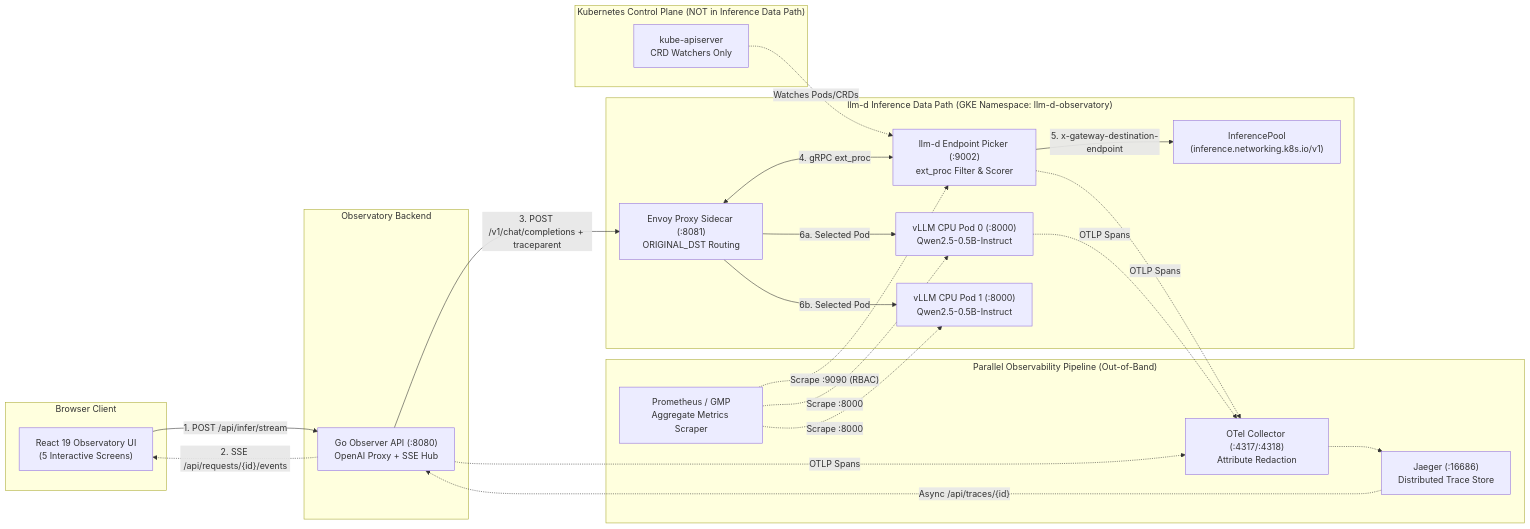
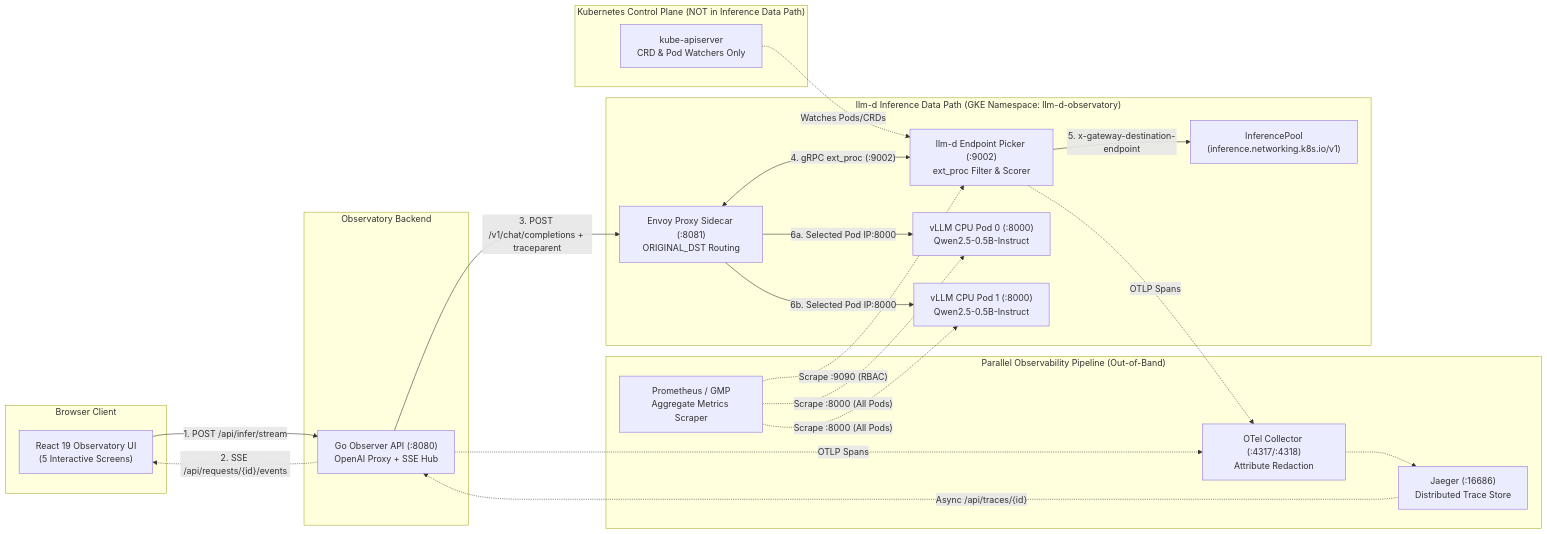
One commit to devenes/llm-d-inference-observatory changed the first of 2 diagrams in README.md. Above: the diagram before and after it, drawn with Mermaid. The commit also changed other lines of this file and 18 other files, not shown here.

````diff
--- a/README.md
+++ b/README.md
@@ -28,47 +58,46 @@
 ```mermaid
 flowchart LR
     subgraph Client["Browser Client"]
         UI["React 19 Observatory UI<br/>(5 Interactive Screens)"]
     end
 
     subgraph Observatory["Observatory Backend"]
         OBS["Go Observer API (:8080)<br/>OpenAI Proxy + SSE Hub"]
     end
 
     subgraph DataPath["llm-d Inference Data Path (GKE Namespace: llm-d-observatory)"]
         ENVOY["Envoy Proxy Sidecar (:8081)<br/>ORIGINAL_DST Routing"]
         EPP["llm-d Endpoint Picker (:9002)<br/>ext_proc Filter & Scorer"]
         POOL["InferencePool<br/>(inference.networking.k8s.io/v1)"]
         VLLM0["vLLM CPU Pod 0 (:8000)<br/>Qwen2.5-0.5B-Instruct"]
         VLLM1["vLLM CPU Pod 1 (:8000)<br/>Qwen2.5-0.5B-Instruct"]
     end
 
     subgraph Telemetry["Parallel Observability Pipeline (Out-of-Band)"]
         OTEL["OTel Collector (:4317/:4318)<br/>Attribute Redaction"]
         JAEGER["Jaeger (:16686)<br/>Distributed Trace Store"]
         PROM["Prometheus / GMP<br/>Aggregate Metrics Scraper"]
     end
 
     subgraph ControlPlane["Kubernetes Control Plane (NOT in Inference Data Path)"]
-        K8S["kube-apiserver<br/>CRD Watchers Only"]
+        K8S["kube-apiserver<br/>CRD & Pod Watchers Only"]
     end
 
     UI -->|"1. POST /api/infer/stream"| OBS
     OBS -.->|"2. SSE /api/requests/{id}/events"| UI
     OBS -->|"3. POST /v1/chat/completions + traceparent"| ENVOY
-    ENVOY <-->|"4. gRPC ext_proc"| EPP
+    ENVOY <-->|"4. gRPC ext_proc (:9002)"| EPP
     EPP -->|"5. x-gateway-destination-endpoint"| POOL
-    ENVOY -->|"6a. Selected Pod"| VLLM0
-    ENVOY -->|"6b. Selected Pod"| VLLM1
+    ENVOY -->|"6a. Selected Pod IP:8000"| VLLM0
+    ENVOY -->|"6b. Selected Pod IP:8000"| VLLM1
 
     OBS -.->|"OTLP Spans"| OTEL
     EPP -.->|"OTLP Spans"| OTEL
-    VLLM0 -.->|"OTLP Spans"| OTEL
     OTEL -.-> JAEGER
     JAEGER -.->|"Async /api/traces/{id}"| OBS
 
     PROM -.->|"Scrape :9090 (RBAC)"| EPP
-    PROM -.->|"Scrape :8000"| VLLM0
-    PROM -.->|"Scrape :8000"| VLLM1
+    PROM -.->|"Scrape :8000 (All Pods)"| VLLM0
+    PROM -.->|"Scrape :8000 (All Pods)"| VLLM1
     K8S -.->|"Watches Pods/CRDs"| EPP
 ```
````
